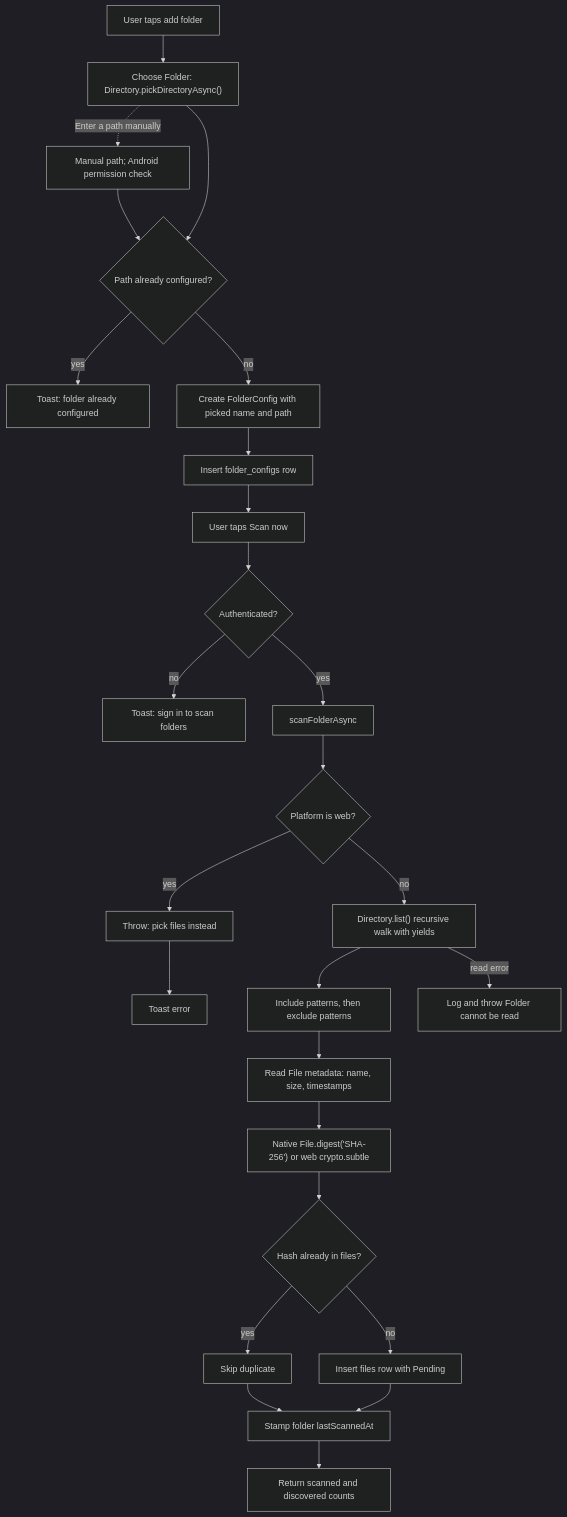
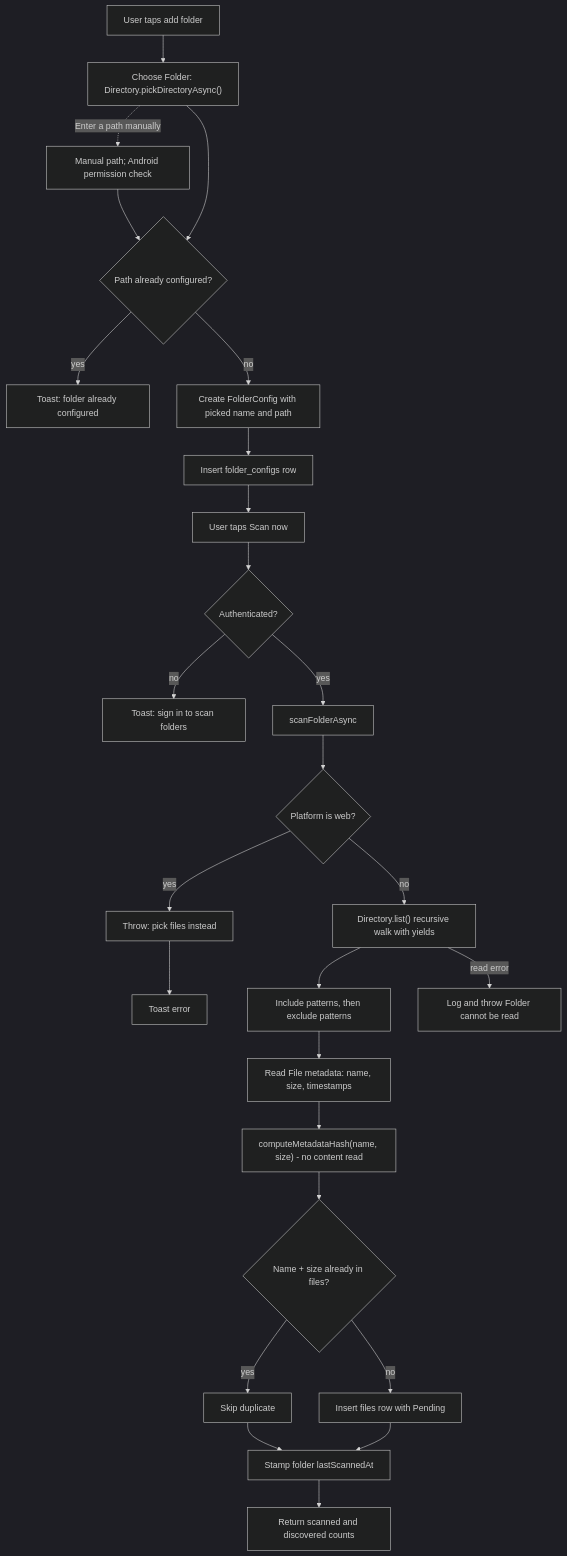
The fifth of 10 diagrams in Stash/react_native_stash/docs/ARCHITECTURE.md (himadriHK/Stash), drawn with Mermaid (dark theme) before and after one commit. The commit also changed other lines of this file and 36 other files, not shown here.

````diff
--- a/Stash/react_native_stash/docs/ARCHITECTURE.md
+++ b/Stash/react_native_stash/docs/ARCHITECTURE.md
@@ -480,28 +480,28 @@
 ```mermaid
 flowchart TD
     A["User taps add folder"] --> B["Choose Folder: Directory.pickDirectoryAsync()"]
     B -.->|"Enter a path manually"| BM["Manual path; Android permission check"]
     BM --> C{"Path already configured?"}
     B --> C
     C -->|"yes"| D["Toast: folder already configured"]
     C -->|"no"| E["Create FolderConfig with picked name and path"]
     E --> F["Insert folder_configs row"]
     F --> G["User taps Scan now"]
     G --> H{"Authenticated?"}
     H -->|"no"| I["Toast: sign in to scan folders"]
     H -->|"yes"| J["scanFolderAsync"]
     J --> K{"Platform is web?"}
     K -->|"yes"| L["Throw: pick files instead"]
     K -->|"no"| M["Directory.list() recursive walk with yields"]
     M --> N["Include patterns, then exclude patterns"]
     N --> O["Read File metadata: name, size, timestamps"]
-    O --> P["Native File.digest('SHA-256') or web crypto.subtle"]
-    P --> Q{"Hash already in files?"}
+    O --> P["computeMetadataHash(name, size) - no content read"]
+    P --> Q{"Name + size already in files?"}
     Q -->|"yes"| R["Skip duplicate"]
     Q -->|"no"| S["Insert files row with Pending"]
     S --> T["Stamp folder lastScannedAt"]
     R --> T
     T --> U["Return scanned and discovered counts"]
     L --> V["Toast error"]
     M -->|"read error"| W["Log and throw Folder cannot be read"]
 ```
````
